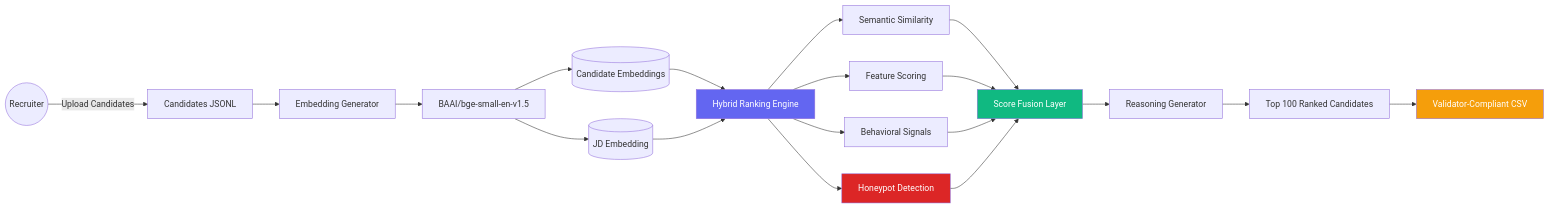
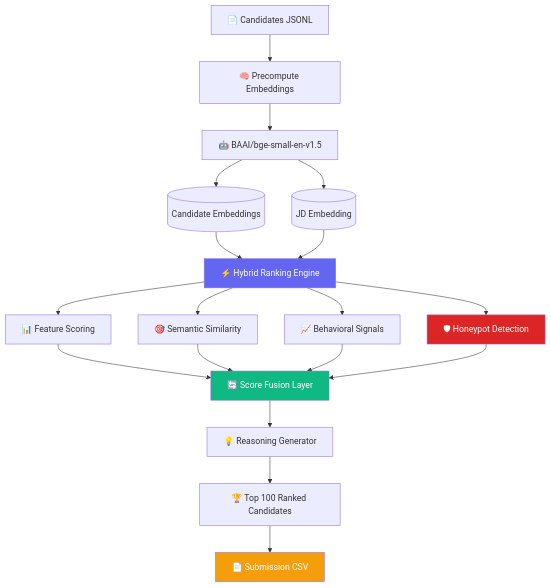
One commit to Aj2280/Intelligent-Candidate-Discovery changed the diagram in README.md. Above: the diagram before and after it, drawn with Mermaid. The commit also changed other lines of this file, not shown here.

First line of the commit message:
Revise architecture overview and scoring framework

````diff
--- a/README.md
+++ b/README.md
@@ -17,38 +17,35 @@
 ```mermaid
-graph LR
+graph TD
 
-    User((Recruiter))
+    A[📄 Candidates JSONL]
+    --> B[🧠 Precompute Embeddings]
 
-    User -->|Upload Candidates| Dataset[Candidates JSONL]
+    B --> C[🤖 BAAI/bge-small-en-v1.5]
 
-    Dataset --> Precompute[Embedding Generator]
+    C --> D[(Candidate Embeddings)]
+    C --> E[(JD Embedding)]
 
-    Precompute --> Model[BAAI/bge-small-en-v1.5]
+    D --> F[⚡ Hybrid Ranking Engine]
+    E --> F
 
-    Model --> CandidateEmb[(Candidate Embeddings)]
-    Model --> JDEmb[(JD Embedding)]
+    F --> G[📊 Feature Scoring]
+    F --> H[🎯 Semantic Similarity]
+    F --> I[📈 Behavioral Signals]
+    F --> J[🛡 Honeypot Detection]
 
-    CandidateEmb --> Ranker[Hybrid Ranking Engine]
-    JDEmb --> Ranker
+    G --> K[🔄 Score Fusion Layer]
+    H --> K
+    I --> K
+    J --> K
 
-    Ranker --> Semantic[Semantic Similarity]
-    Ranker --> Features[Feature Scoring]
-    Ranker --> Behavior[Behavioral Signals]
-    Ranker --> Honeypot[Honeypot Detection]
+    K --> L[💡 Reasoning Generator]
 
-    Semantic --> Fusion[Score Fusion Layer]
-    Features --> Fusion
-    Behavior --> Fusion
-    Honeypot --> Fusion
+    L --> M[🏆 Top 100 Ranked Candidates]
 
-    Fusion --> Reasoning[Reasoning Generator]
+    M --> N[📄 Submission CSV]
 
-    Reasoning --> Top100[Top 100 Ranked Candidates]
-
-    Top100 --> CSV[Validator-Compliant CSV]
-
-    style Ranker fill:#6366F1,color:#fff
-    style Fusion fill:#10B981,color:#fff
-    style Honeypot fill:#DC2626,color:#fff
-    style CSV fill:#F59E0B,color:#fff
+    style F fill:#6366F1,color:#fff
+    style K fill:#10B981,color:#fff
+    style J fill:#DC2626,color:#fff
+    style N fill:#F59E0B,color:#fff
 ```
````
